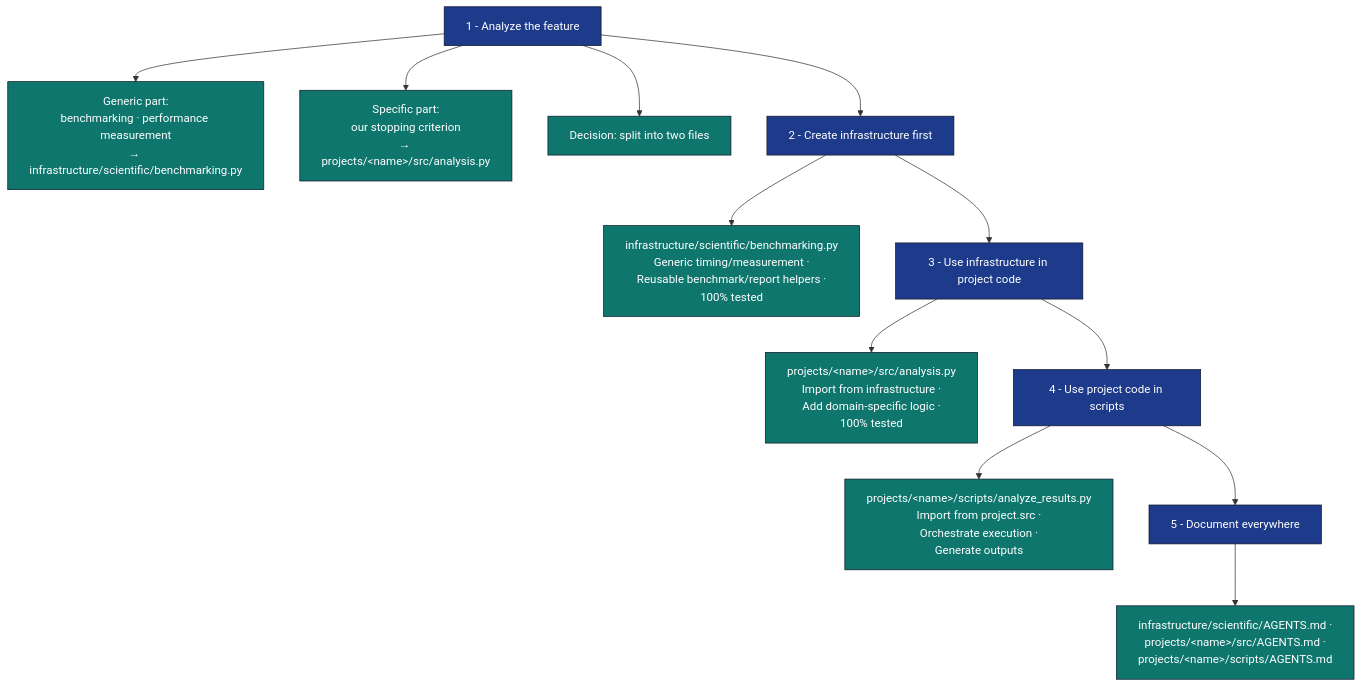
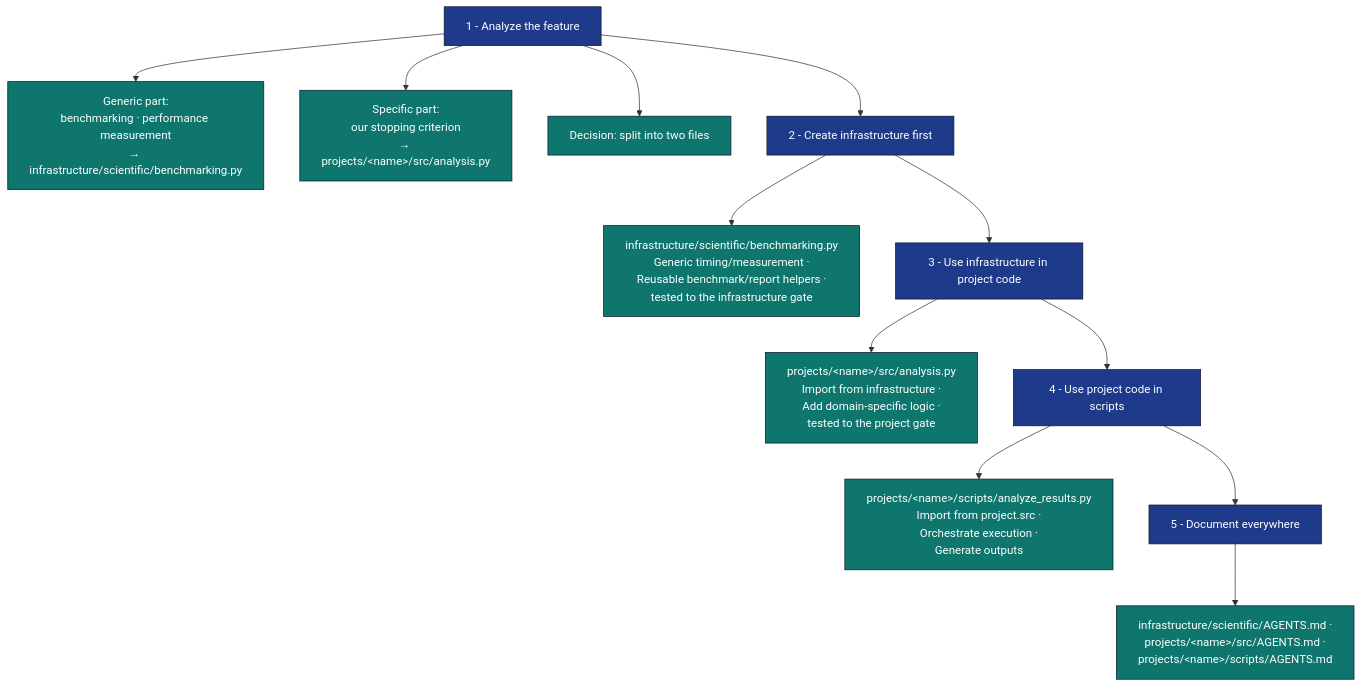
Before and after one commit to docxology/template: the second of 5 diagrams in docs/architecture/decision-tree.md, drawn with Mermaid. The commit also changed 82 other files, not shown here.

````diff
--- a/docs/architecture/decision-tree.md
+++ b/docs/architecture/decision-tree.md
@@ -273,24 +273,24 @@
 ```mermaid
 flowchart TB
     S1[1 - Analyze the feature]
     S1 --> S1A[Generic part:<br/>benchmarking · performance measurement<br/>→ infrastructure/scientific/benchmarking.py]
     S1 --> S1B[Specific part:<br/>our stopping criterion<br/>→ projects/&lt;name&gt;/src/analysis.py]
     S1 --> S1C[Decision: split into two files]
 
     S1 --> S2[2 - Create infrastructure first]
-    S2 --> S2A[infrastructure/scientific/benchmarking.py<br/>Generic timing/measurement ·<br/>Reusable benchmark/report helpers ·<br/>100% tested]
+    S2 --> S2A[infrastructure/scientific/benchmarking.py<br/>Generic timing/measurement ·<br/>Reusable benchmark/report helpers ·<br/>tested to the infrastructure gate]
 
     S2 --> S3[3 - Use infrastructure in project code]
-    S3 --> S3A[projects/&lt;name&gt;/src/analysis.py<br/>Import from infrastructure ·<br/>Add domain-specific logic ·<br/>100% tested]
+    S3 --> S3A[projects/&lt;name&gt;/src/analysis.py<br/>Import from infrastructure ·<br/>Add domain-specific logic ·<br/>tested to the project gate]
 
     S3 --> S4[4 - Use project code in scripts]
     S4 --> S4A[projects/&lt;name&gt;/scripts/analyze_results.py<br/>Import from project.src ·<br/>Orchestrate execution ·<br/>Generate outputs]
 
     S4 --> S5[5 - Document everywhere]
     S5 --> S5A[infrastructure/scientific/AGENTS.md ·<br/>projects/&lt;name&gt;/src/AGENTS.md ·<br/>projects/&lt;name&gt;/scripts/AGENTS.md]
 
     classDef step fill:#1e3a8a,stroke:#0f172a,color:#fff
     classDef detail fill:#0f766e,stroke:#0f172a,color:#fff
     class S1,S2,S3,S4,S5 step
     class S1A,S1B,S1C,S2A,S3A,S4A,S5A detail
 ```
````
